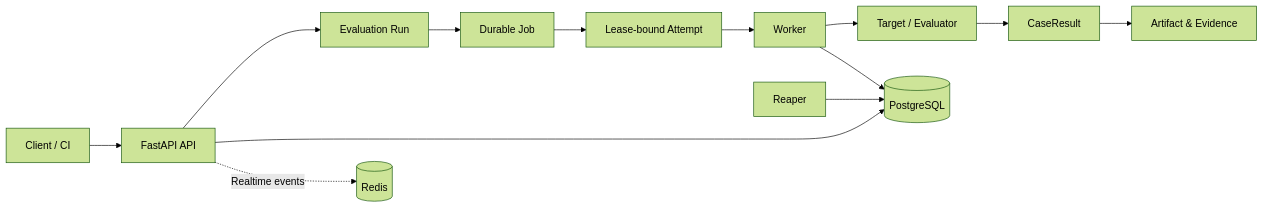
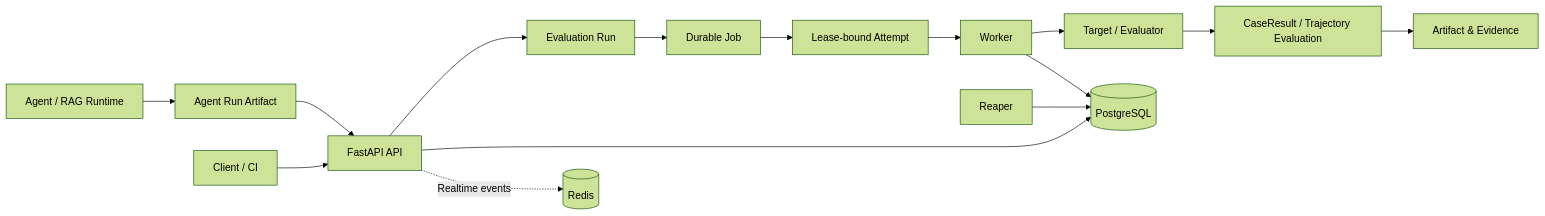
One commit to godofxuan/ai-evalops-platform changed the diagram in README.md. Above: the diagram before and after it, drawn with Mermaid (forest theme). The commit also changed other lines of this file and 5 other files, not shown here.

Commit message:
docs(agent-eval): present benchmarked trajectory workflow

````diff
--- a/README.md
+++ b/README.md
@@ -25,15 +27,17 @@
 ```mermaid
 flowchart LR
+    Agent[Agent / RAG Runtime] --> Trajectory[Agent Run Artifact]
     Client[Client / CI] --> API[FastAPI API]
+    Trajectory --> API
     API --> Run[Evaluation Run]
     Run --> Job[Durable Job]
     Job --> Attempt[Lease-bound Attempt]
     Attempt --> Worker[Worker]
     Worker --> Target[Target / Evaluator]
-    Target --> Result[CaseResult]
+    Target --> Result[CaseResult / Trajectory Evaluation]
     Result --> Artifact[Artifact & Evidence]
     API --> PG[(PostgreSQL)]
     Worker --> PG
     Reaper[Reaper] --> PG
     API -. Realtime events .-> Redis[(Redis)]
 ```
````
